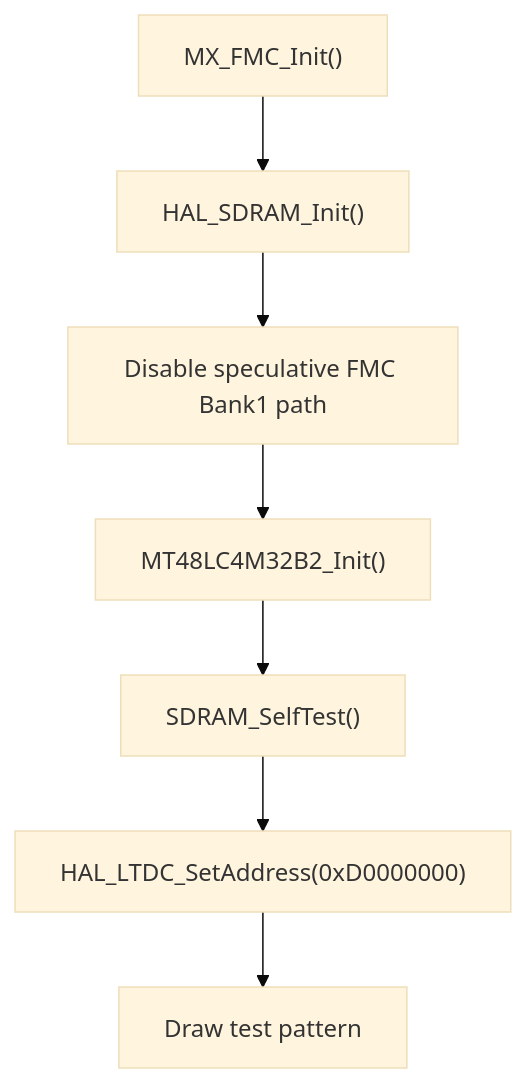
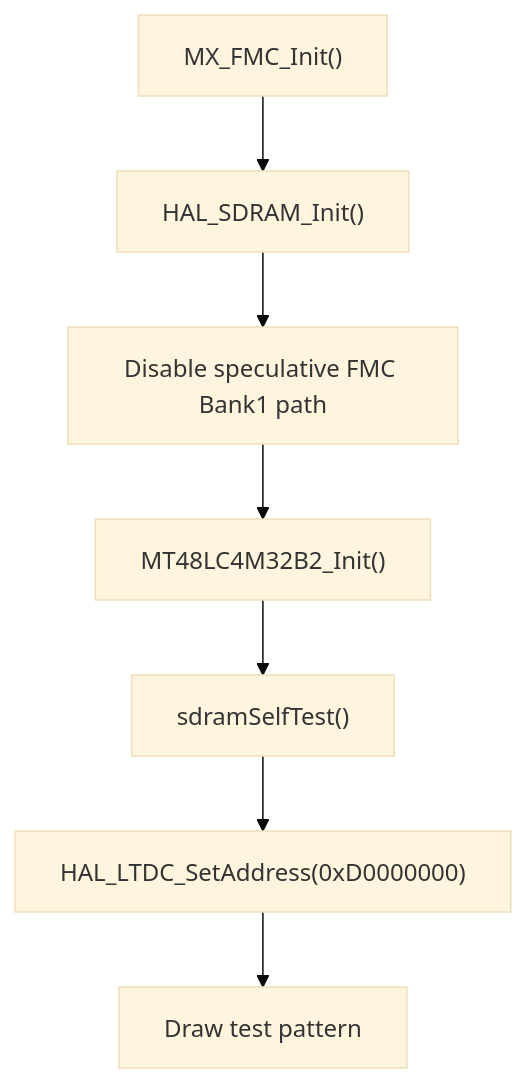
The diagram in docs/04-drivers/fmc-sdram.md (embmike/coffe_machine), drawn with Mermaid (base theme) before and after one commit. The commit also changed other lines of this file and 13 other files, not shown here.

````diff
--- a/docs/04-drivers/fmc-sdram.md
+++ b/docs/04-drivers/fmc-sdram.md
@@ -127,9 +128,9 @@
 ```mermaid
 flowchart TD
     A["MX_FMC_Init()"] --> B["HAL_SDRAM_Init()"]
     B --> C["Disable speculative FMC Bank1 path"]
     C --> D["MT48LC4M32B2_Init()"]
-    D --> E["SDRAM_SelfTest()"]
+    D --> E["sdramSelfTest()"]
     E --> F["HAL_LTDC_SetAddress(0xD0000000)"]
     F --> G["Draw test pattern"]
 ```
````
